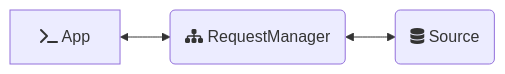
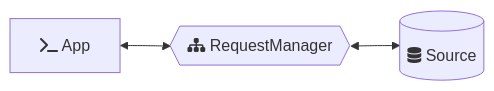
The first of 3 diagrams in packages/request/README.md (emberjs/data), drawn with Mermaid before and after one commit. The commit also changed other lines of this file, not shown here.

````diff
--- a/packages/request/README.md
+++ b/packages/request/README.md
@@ -55,5 +55,5 @@
 ```mermaid
 flowchart LR
-    A[fa:fa-terminal App] <--> B(fa:fa-sitemap RequestManager)
-    B <--> C(fa:fa-database Source)
+    A[fa:fa-terminal App] <--> B{{fa:fa-sitemap RequestManager}}
+    B <--> C[(fa:fa-database Source)]
 ```
````
